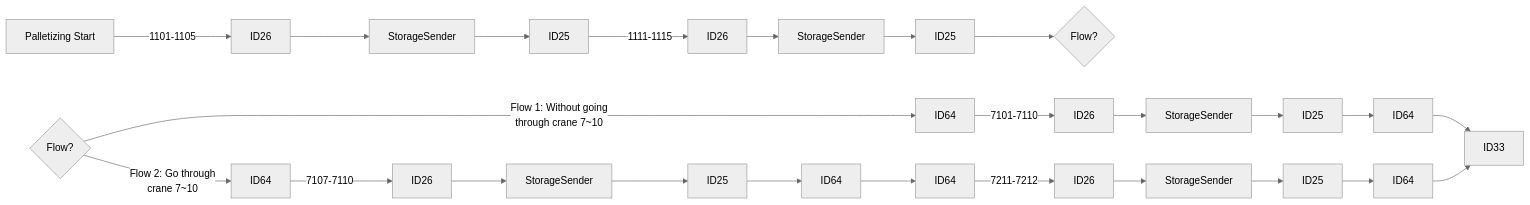
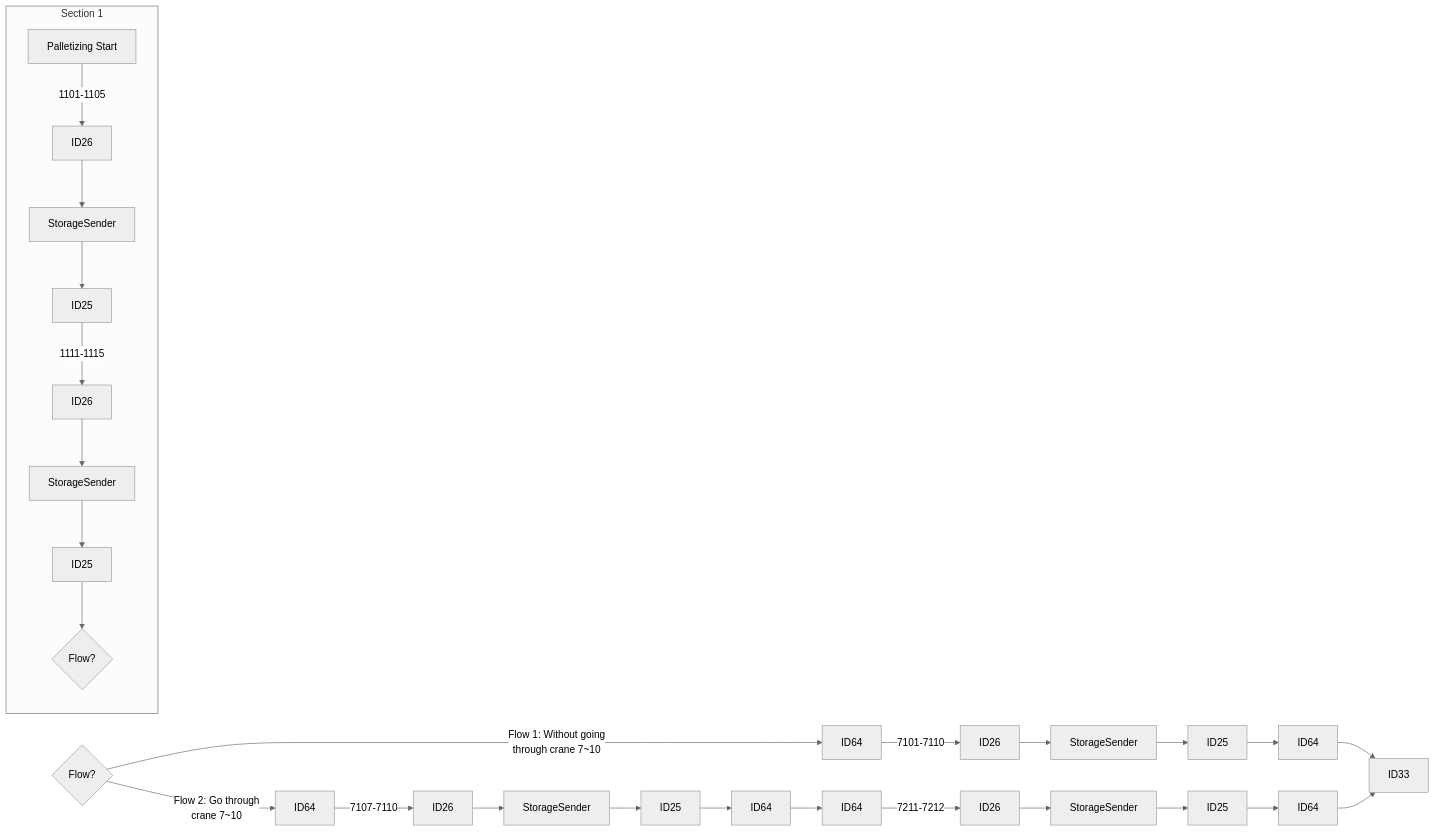
Before and after one commit to luthfiadityaa/SimeDarby-Wiki: the first of 23 diagrams in Basic-Design/DFD-WMS/Storage/Palletizing-Settting/Palletize-Start.md, drawn with Mermaid (neutral theme).

Commit message:
Updated Palletize Start

```diff
--- a/Basic-Design/DFD-WMS/Storage/Palletizing-Settting/Palletize-Start.md
+++ b/Basic-Design/DFD-WMS/Storage/Palletizing-Settting/Palletize-Start.md
@@ -5,20 +5,23 @@
 ::: mermaid
 flowchart LR
-  
+ 
+subgraph Section 1
 P1[Palletizing Start]--> |1101-1105| P2[ID26]-->P3[StorageSender]-->P4[ID25]
 P4[ID25]--> |1111-1115| P5[ID26]-->P6[StorageSender]-->P7[ID25]
 P7[ID25]-->Cond1{Flow?} 
+end  
+
 
 Cond2{Flow?}
 
 Cond2 --> |Flow 1: Without going 
 through crane 7~10| P8[ID64]
 Cond2 --> |Flow 2: Go through 
 crane 7~10| P9[ID64]
 
 P8[ID64]--> |7101-7110| P10[ID26]-->P11[StorageSender]-->P12[ID25]-->P13[ID64]
 P9[ID64]--> |7107-7110| P15[ID26]-->P16[StorageSender]-->P17[ID25]-->P18[ID64]-->P19[ID64]--> |7211-7212| P20[ID26]-->P21[StorageSender]-->P22[ID25]-->P23[ID64]
 
 P13[ID64]-->P14[ID33]
 P23[ID64]-->P14[ID33]
 :::
```
